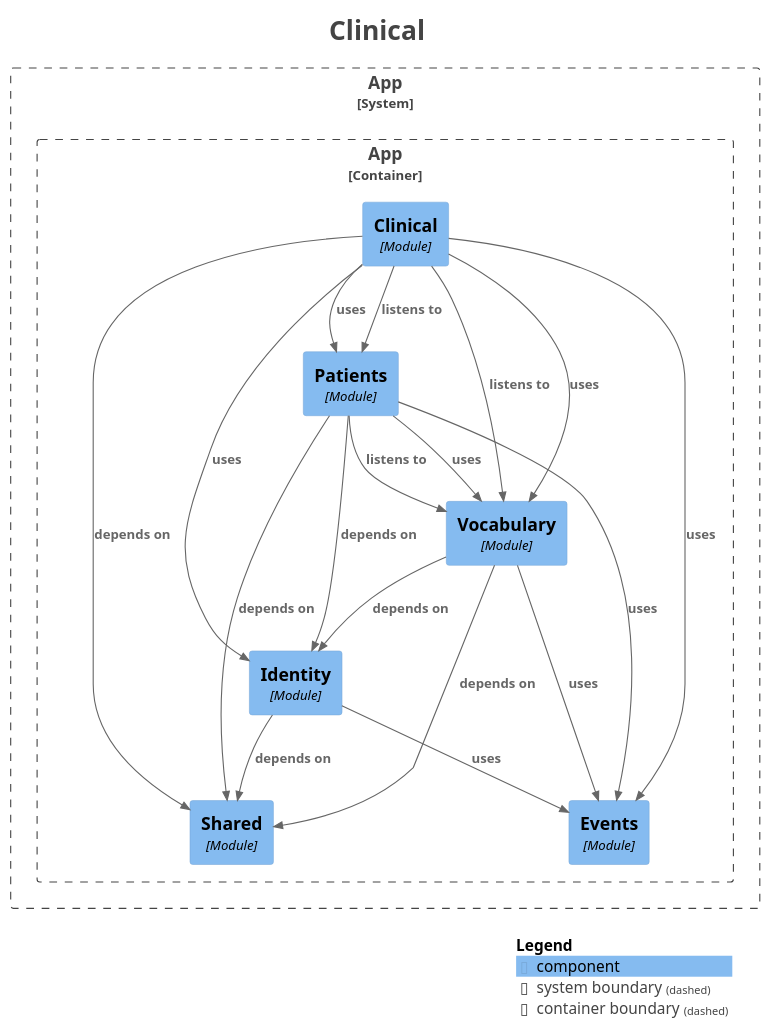
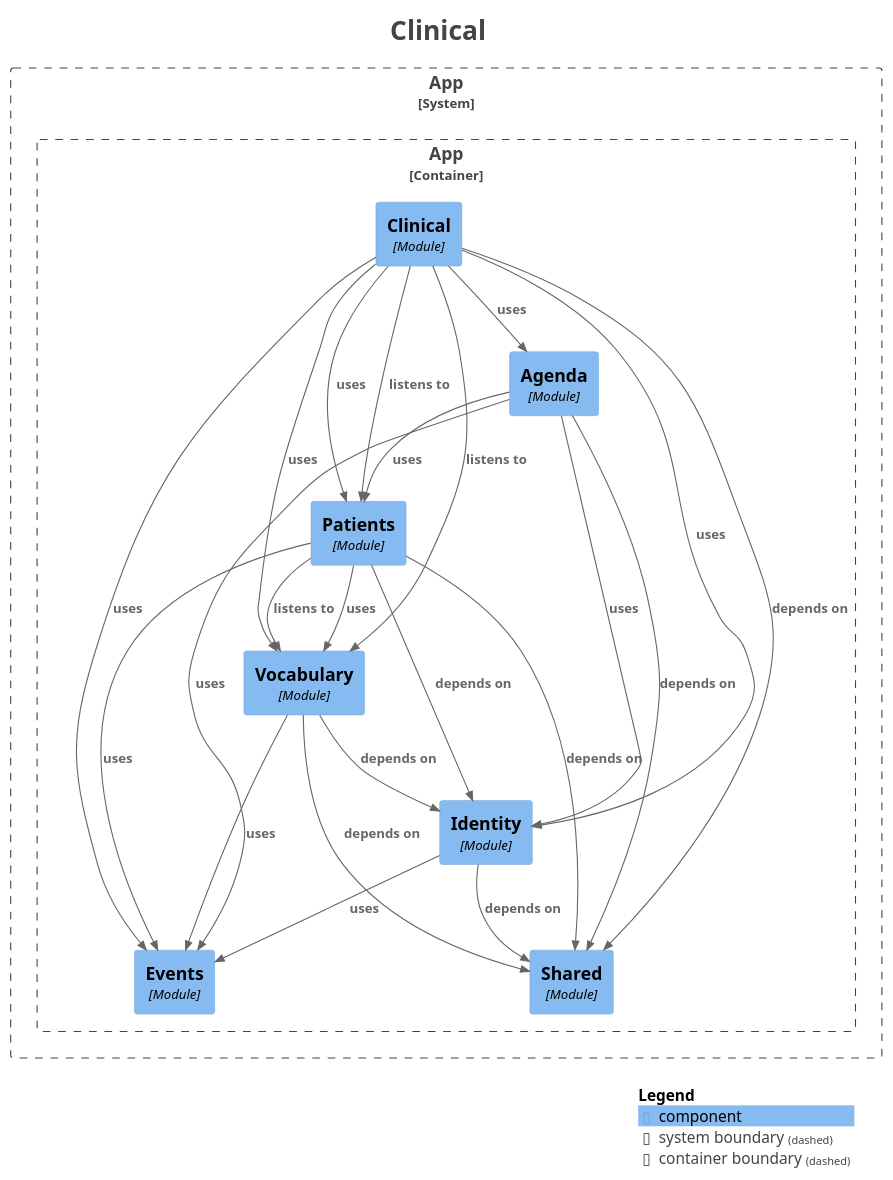
Before and after one commit to mrscams/psymate-api: the diagram in docs/generated/module-clinical.puml, drawn with PlantUML. The commit also changed 31 other files, not shown here.

```diff
--- a/docs/generated/module-clinical.puml
+++ b/docs/generated/module-clinical.puml
@@ -1,50 +1,56 @@
 @startuml
 title <size:24>Clinical</size>
 
 set separator none
 top to bottom direction
 
 <style>
   root {
     BackgroundColor: #ffffff
     FontColor: #444444
   }
 </style>
 
 !include <C4/C4>
 !include <C4/C4_Context>
 !include <C4/C4_Component>
 
 System_Boundary("App_boundary", "App", $tags="") {
   Container_Boundary("App.App_boundary", "App", $tags="") {
+    Component(App.App.Agenda, "Agenda", $techn="Module", $descr="", $tags="", $link="")
     Component(App.App.Clinical, "Clinical", $techn="Module", $descr="", $tags="", $link="")
     Component(App.App.Events, "Events", $techn="Module", $descr="", $tags="", $link="")
     Component(App.App.Identity, "Identity", $techn="Module", $descr="", $tags="", $link="")
     Component(App.App.Patients, "Patients", $techn="Module", $descr="", $tags="", $link="")
     Component(App.App.Shared, "Shared", $techn="Module", $descr="", $tags="", $link="")
     Component(App.App.Vocabulary, "Vocabulary", $techn="Module", $descr="", $tags="", $link="")
   }
 
 }
 
+Rel(App.App.Agenda, App.App.Events, "uses", $techn="", $tags="", $link="")
+Rel(App.App.Agenda, App.App.Identity, "uses", $techn="", $tags="", $link="")
+Rel(App.App.Agenda, App.App.Patients, "uses", $techn="", $tags="", $link="")
+Rel(App.App.Agenda, App.App.Shared, "depends on", $techn="", $tags="", $link="")
+Rel(App.App.Clinical, App.App.Agenda, "uses", $techn="", $tags="", $link="")
 Rel(App.App.Clinical, App.App.Events, "uses", $techn="", $tags="", $link="")
 Rel(App.App.Clinical, App.App.Identity, "uses", $techn="", $tags="", $link="")
 Rel(App.App.Clinical, App.App.Patients, "listens to", $techn="", $tags="", $link="")
 Rel(App.App.Clinical, App.App.Patients, "uses", $techn="", $tags="", $link="")
 Rel(App.App.Clinical, App.App.Shared, "depends on", $techn="", $tags="", $link="")
 Rel(App.App.Clinical, App.App.Vocabulary, "listens to", $techn="", $tags="", $link="")
 Rel(App.App.Clinical, App.App.Vocabulary, "uses", $techn="", $tags="", $link="")
 Rel(App.App.Identity, App.App.Events, "uses", $techn="", $tags="", $link="")
 Rel(App.App.Identity, App.App.Shared, "depends on", $techn="", $tags="", $link="")
 Rel(App.App.Patients, App.App.Events, "uses", $techn="", $tags="", $link="")
 Rel(App.App.Patients, App.App.Identity, "depends on", $techn="", $tags="", $link="")
 Rel(App.App.Patients, App.App.Shared, "depends on", $techn="", $tags="", $link="")
 Rel(App.App.Patients, App.App.Vocabulary, "listens to", $techn="", $tags="", $link="")
 Rel(App.App.Patients, App.App.Vocabulary, "uses", $techn="", $tags="", $link="")
 Rel(App.App.Vocabulary, App.App.Events, "uses", $techn="", $tags="", $link="")
 Rel(App.App.Vocabulary, App.App.Identity, "depends on", $techn="", $tags="", $link="")
 Rel(App.App.Vocabulary, App.App.Shared, "depends on", $techn="", $tags="", $link="")
 
 SHOW_LEGEND(true)
 hide stereotypes
 @enduml
```
